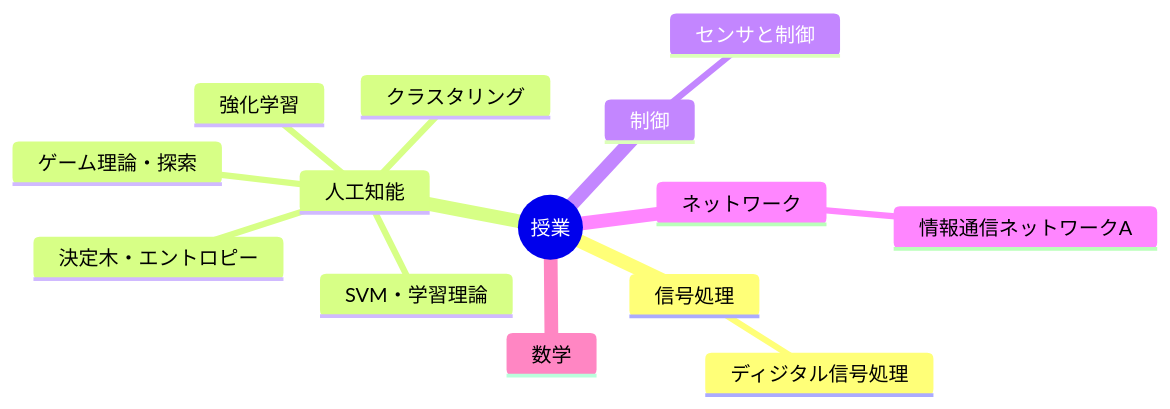
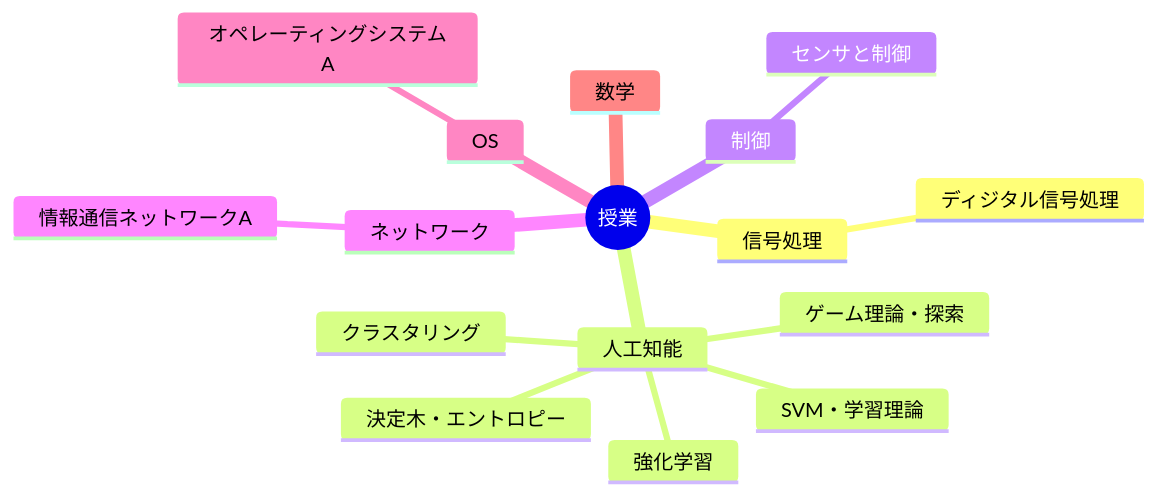
One commit to 97kuek/obsidian-vault changed the diagram in 20_Areas/授業/【MOC】授業.md. Above: the diagram before and after it, drawn with Mermaid. The commit also changed other lines of this file and 4 other files, not shown here.

````diff
--- a/20_Areas/授業/【MOC】授業.md
+++ b/20_Areas/授業/【MOC】授業.md
@@ -13,17 +13,19 @@
 ```mermaid
 mindmap
   root(("授業"))
     信号処理
       ディジタル信号処理
     人工知能
       ゲーム理論・探索
       決定木・エントロピー
       強化学習
       クラスタリング
       SVM・学習理論
     制御
       センサと制御
     ネットワーク
       情報通信ネットワークA
+    OS
+      オペレーティングシステムA
     数学
 ```
````
